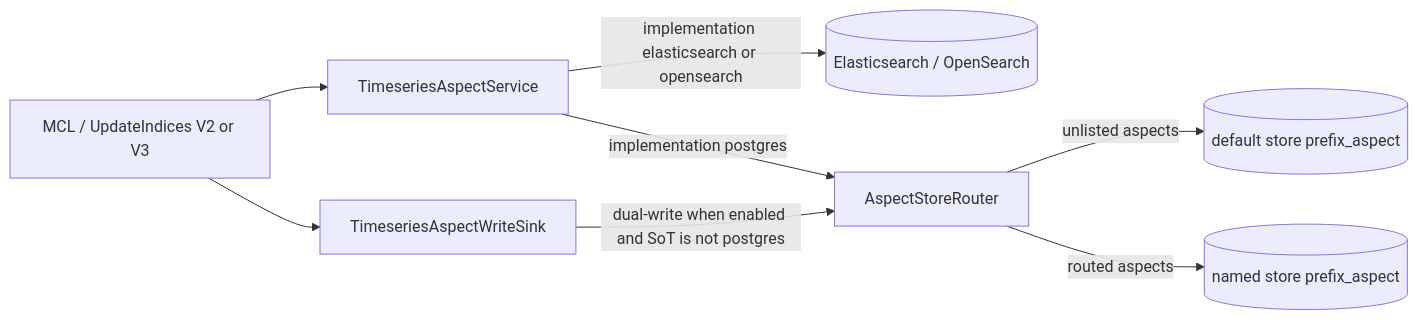
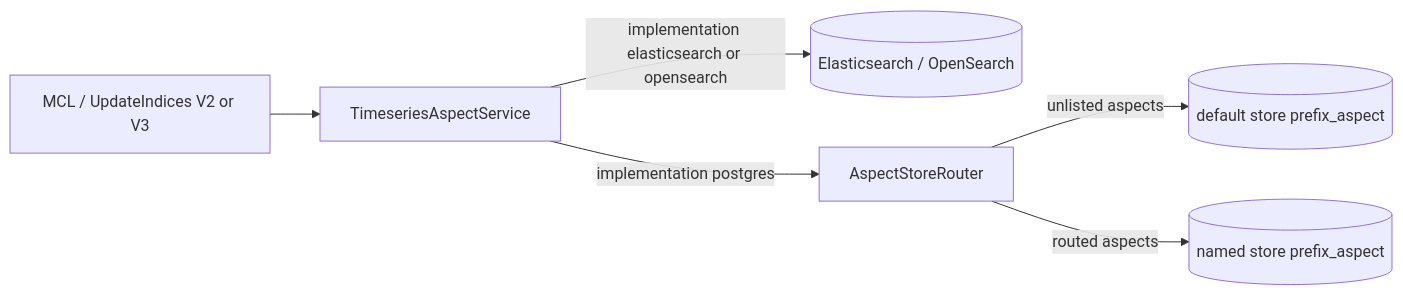
One commit to datahub-project/datahub changed the first of 2 diagrams in docs/pgtimeseries-design.md. Above: the diagram before and after it, drawn with Mermaid. The commit also changed other lines of this file and 29 other files, not shown here.

First line of the commit message:
refactor(timeseries): drop ES/Postgres dual-write and exclusive SoT

````diff
--- a/docs/pgtimeseries-design.md
+++ b/docs/pgtimeseries-design.md
@@ -40,18 +40,15 @@
 ```mermaid
 flowchart LR
   MCL[MCL / UpdateIndices V2 or V3]
   TAS[TimeseriesAspectService]
-  Sink[TimeseriesAspectWriteSink]
   ES[(Elasticsearch / OpenSearch)]
   Router[AspectStoreRouter]
   PG1[(default store prefix_aspect)]
   PG2[(named store prefix_aspect)]
 
   MCL --> TAS
-  MCL --> Sink
   TAS -->|implementation elasticsearch or opensearch| ES
   TAS -->|implementation postgres| Router
-  Sink -->|dual-write when enabled and SoT is not postgres| Router
   Router -->|unlisted aspects| PG1
   Router -->|routed aspects| PG2
 ```
````
